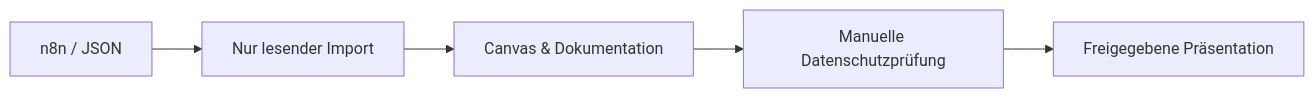
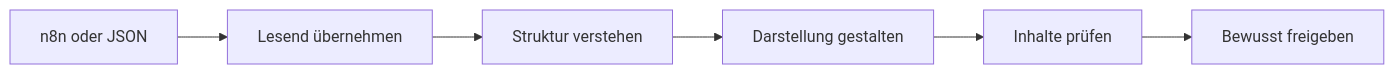
Before and after one commit to rootkid-code/showcase-studio-releases: the diagram in README.md, drawn with Mermaid. The commit also changed other lines of this file and 7 other files, not shown here.

````diff
--- a/README.md
+++ b/README.md
@@ -59,7 +50,8 @@
 ```mermaid
 flowchart LR
-    A["n8n / JSON"] --> B["Nur lesender Import"]
-    B --> C["Canvas & Dokumentation"]
-    C --> D["Manuelle Datenschutzprüfung"]
-    D --> E["Freigegebene Präsentation"]
+    A["n8n oder JSON"] --> B["Lesend übernehmen"]
+    B --> C["Struktur verstehen"]
+    C --> D["Darstellung gestalten"]
+    D --> E["Inhalte prüfen"]
+    E --> F["Bewusst freigeben"]
 ```
````
